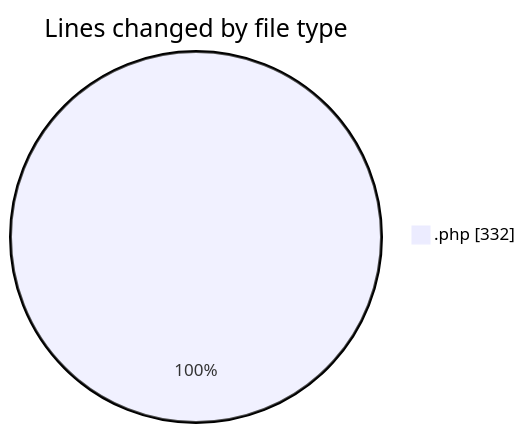
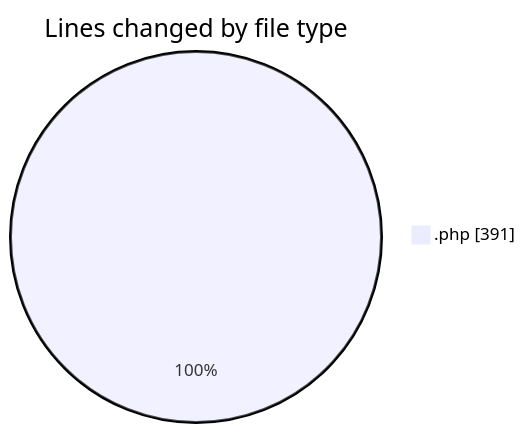
The first of 2 diagrams in 2026-09-17/untitled__workspace_/README.md (debugP/code-tracking), drawn with Mermaid before and after one commit. The commit also changed other lines of this file and 1 other file, not shown here.

````diff
--- a/2026-09-17/untitled__workspace_/README.md
+++ b/2026-09-17/untitled__workspace_/README.md
@@ -23,5 +24,5 @@
 ```mermaid
 pie showData
 title Lines changed by file type
-".php" : 332
+".php" : 391
 ```
````
